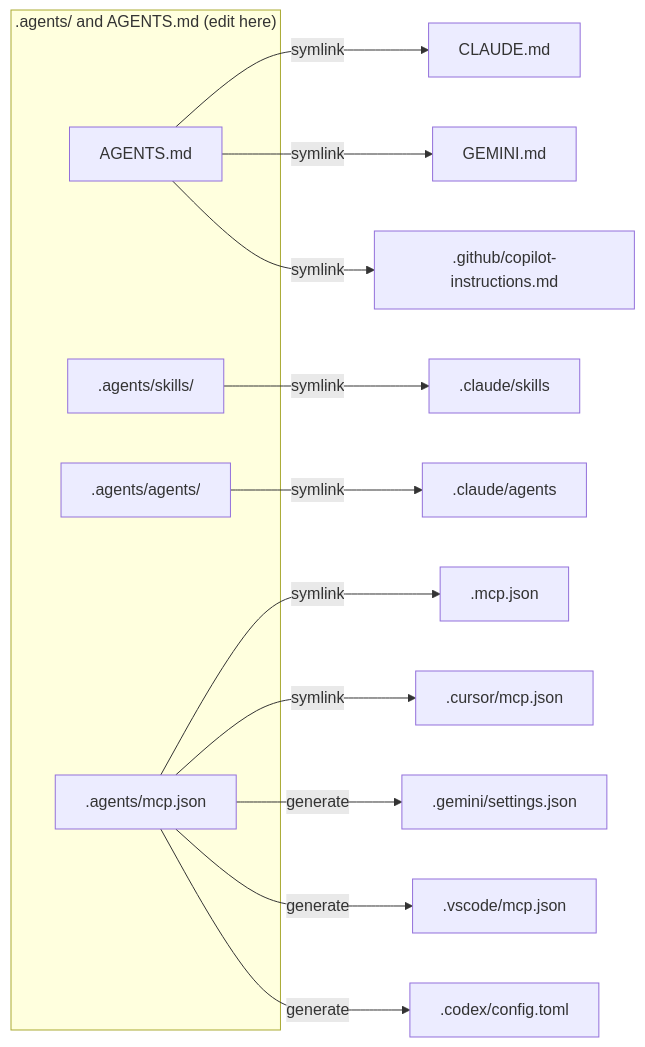
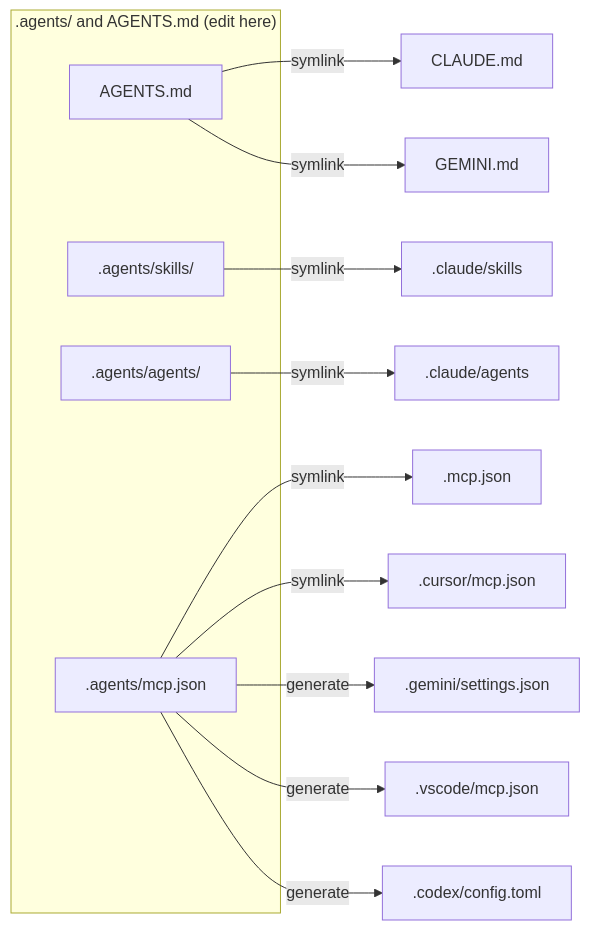
Before and after one commit to martin-macak/aade: the diagram in docs/agentic-setup.md, drawn with Mermaid. The commit also changed other lines of this file and 14 other files, not shown here.

````diff
--- a/docs/agentic-setup.md
+++ b/docs/agentic-setup.md
@@ -21,19 +21,18 @@
 ```mermaid
 flowchart LR
   subgraph src[".agents/ and AGENTS.md (edit here)"]
     A[AGENTS.md]
     S[.agents/skills/]
     G[.agents/agents/]
     M[.agents/mcp.json]
   end
   A -->|symlink| C1[CLAUDE.md]
   A -->|symlink| C2[GEMINI.md]
-  A -->|symlink| C3[.github/copilot-instructions.md]
   S -->|symlink| C4[.claude/skills]
   G -->|symlink| C5[.claude/agents]
   M -->|symlink| C6[.mcp.json]
   M -->|symlink| C7[.cursor/mcp.json]
   M -->|generate| C8[.gemini/settings.json]
   M -->|generate| C9[.vscode/mcp.json]
   M -->|generate| C10[.codex/config.toml]
 ```
````
